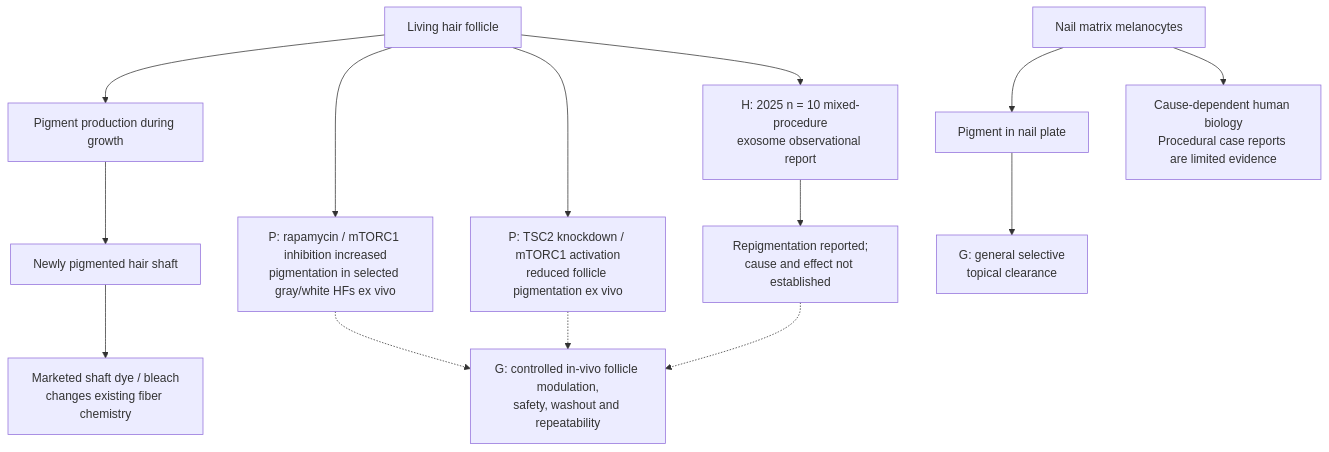
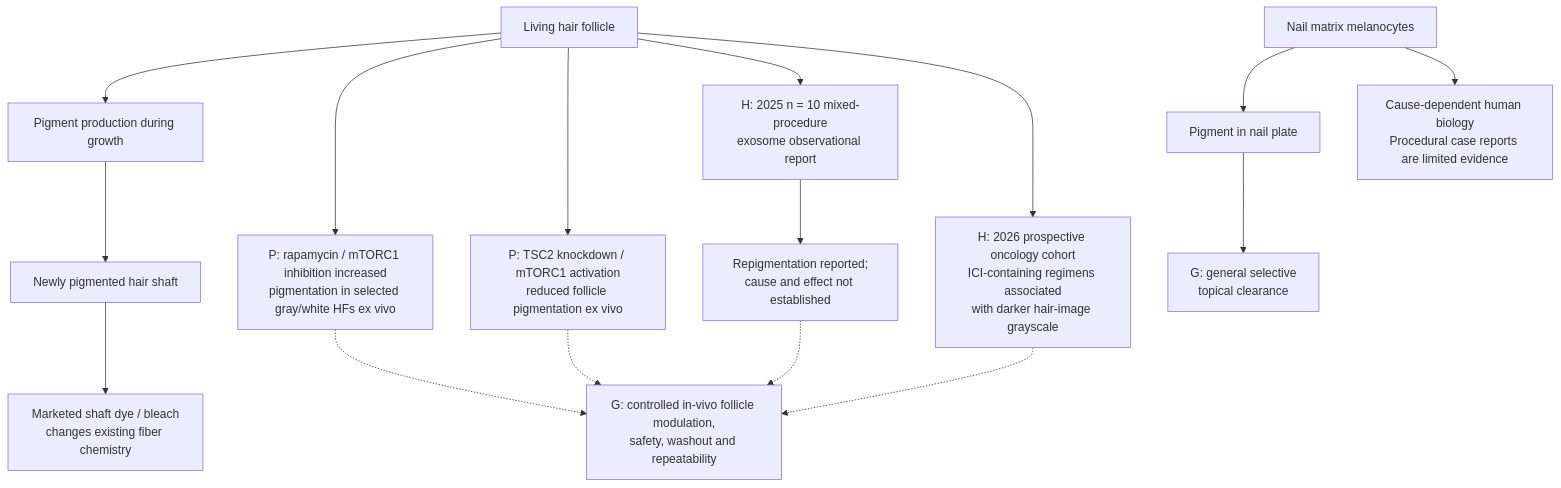
Before and after one commit to dylanstechmann/iris-color-without-contacts: diagram 42 of 59 in research/tissue-pigment-atlas.md, drawn with Mermaid. The commit also changed other lines of this file, not shown here.

Commit message:
Add 2026 human hair-repigmentation cohort and diagram

````diff
--- a/research/tissue-pigment-atlas.md
+++ b/research/tissue-pigment-atlas.md
@@ -1097,16 +1097,18 @@
 ```mermaid
 flowchart TD
     H["Living hair follicle"] --> HP["Pigment production during growth"]
     HP --> HS["Newly pigmented hair shaft"]
     HS --> HC["Marketed shaft dye / bleach<br/>changes existing fiber chemistry"]
     H --> R["P: rapamycin / mTORC1 inhibition increased<br/>pigmentation in selected gray/white HFs ex vivo"]
     H --> M["P: TSC2 knockdown / mTORC1 activation<br/>reduced follicle pigmentation ex vivo"]
     R -.-> HG["G: controlled in-vivo follicle modulation,<br/>safety, washout and repeatability"]
     M -.-> HG
     H --> EX["H: 2025 n = 10 mixed-procedure<br/>exosome observational report"]
     EX --> EXG["Repigmentation reported;<br/>cause and effect not established"]
     EXG -.-> HG
+    H --> ICI["H: 2026 prospective oncology cohort<br/>ICI-containing regimens associated<br/>with darker hair-image grayscale"]
+    ICI -.-> HG
     N["Nail matrix melanocytes"] --> NP["Pigment in nail plate"]
     NP --> NG["G: general selective<br/>topical clearance"]
     N --> ND["Cause-dependent human biology<br/>Procedural case reports are limited evidence"]
 ```
````
